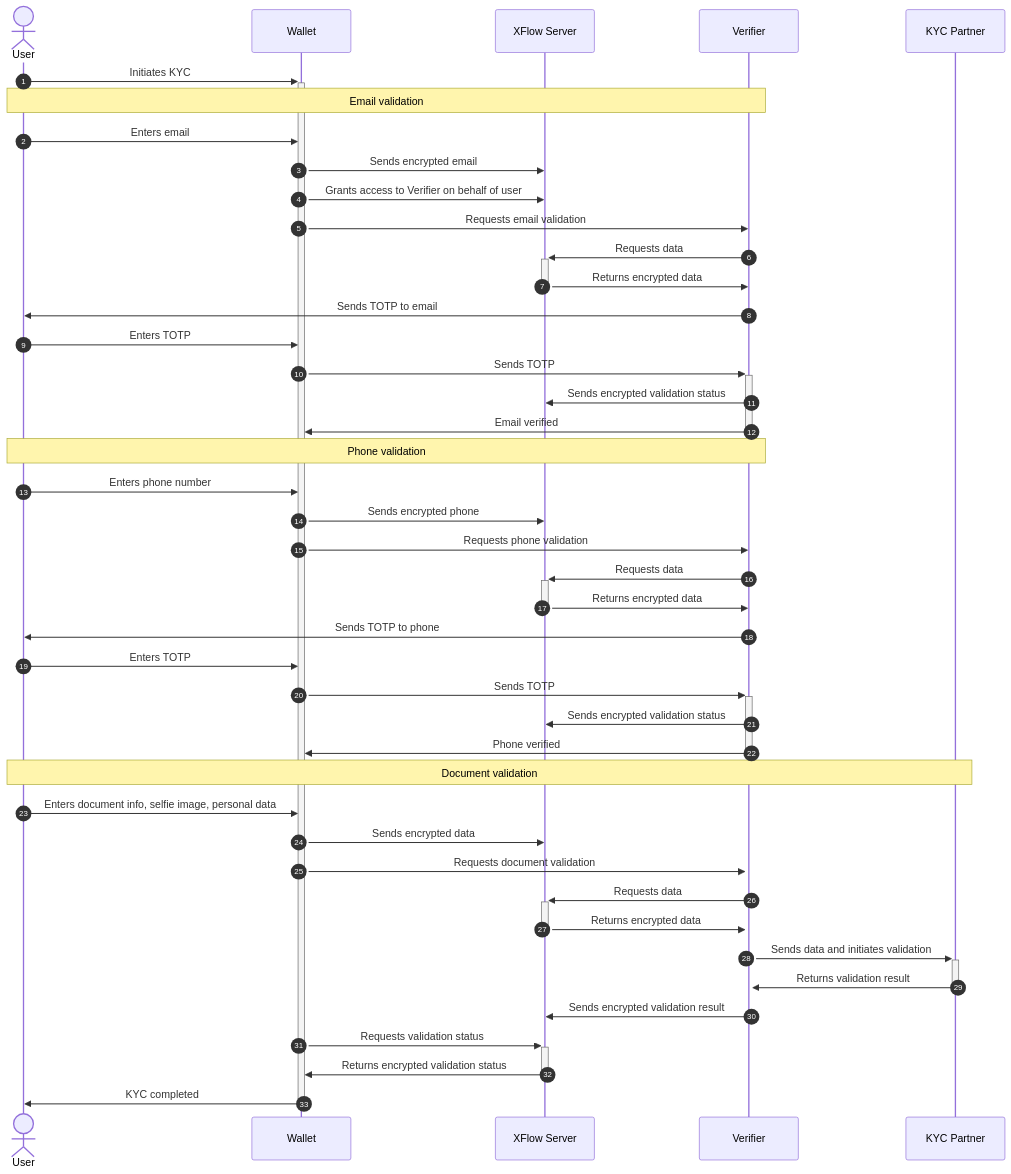
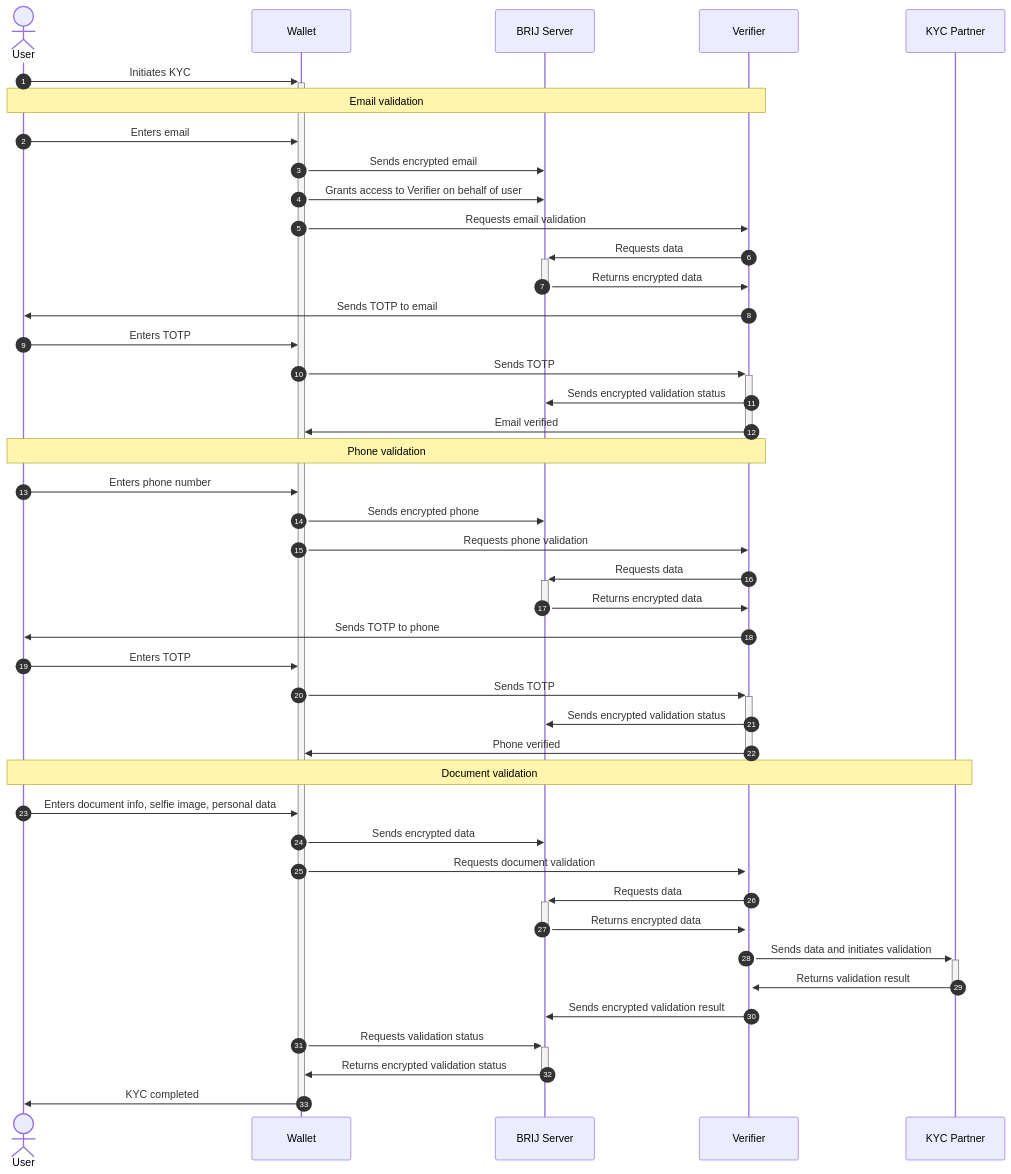
One commit to espresso-cash/docs changed the diagram in overview/kyc-flow.md. Above: the diagram before and after it, drawn with Mermaid. The commit also changed other lines of this file and 4 other files, not shown here.

````diff
--- a/overview/kyc-flow.md
+++ b/overview/kyc-flow.md
@@ -25,54 +25,54 @@
 ```mermaid
 sequenceDiagram
     autonumber
-    
+
     actor User
     participant Wallet
-    participant KYC as XFlow Server
+    participant KYC as BRIJ Server
     participant Verifier
     participant Partner as KYC Partner
-    
+
     User->>+Wallet: Initiates KYC
-    
+
     Note over User,Verifier: Email validation
     User->>Wallet: Enters email
     Wallet->>KYC: Sends encrypted email
     Wallet->>KYC: Grants access to Verifier on behalf of user
 
     Wallet->>Verifier: Requests email validation
     Verifier->>+KYC: Requests data
     KYC->>-Verifier: Returns encrypted data
     Verifier->>User: Sends TOTP to email
     User->>Wallet: Enters TOTP
     Wallet->>+Verifier: Sends TOTP
     Verifier->>KYC: Sends encrypted validation status
     Verifier->>-Wallet: Email verified
 
     Note over User,Verifier: Phone validation
     User->>Wallet: Enters phone number
     Wallet->>KYC: Sends encrypted phone
 
     Wallet->>Verifier: Requests phone validation
     Verifier->>+KYC: Requests data
     KYC->>-Verifier: Returns encrypted data
     Verifier->>User: Sends TOTP to phone
     User->>Wallet: Enters TOTP
     Wallet->>+Verifier: Sends TOTP
     Verifier->>KYC: Sends encrypted validation status
     Verifier->>-Wallet: Phone verified
 
     Note over User,Partner: Document validation
     User->>Wallet: Enters document info, selfie image, personal data
     Wallet->>KYC: Sends encrypted data
-    
+
     Wallet->>+Verifier: Requests document validation
     Verifier->>+KYC: Requests data
     KYC->>-Verifier: Returns encrypted data
     Verifier->>+Partner: Sends data and initiates validation
     Partner->>-Verifier: Returns validation result
     Verifier->>KYC: Sends encrypted validation result
     Wallet->>+KYC: Requests validation status
     KYC->>-Wallet: Returns encrypted validation status
-    
+
     Wallet->>-User: KYC completed
 ```
````
